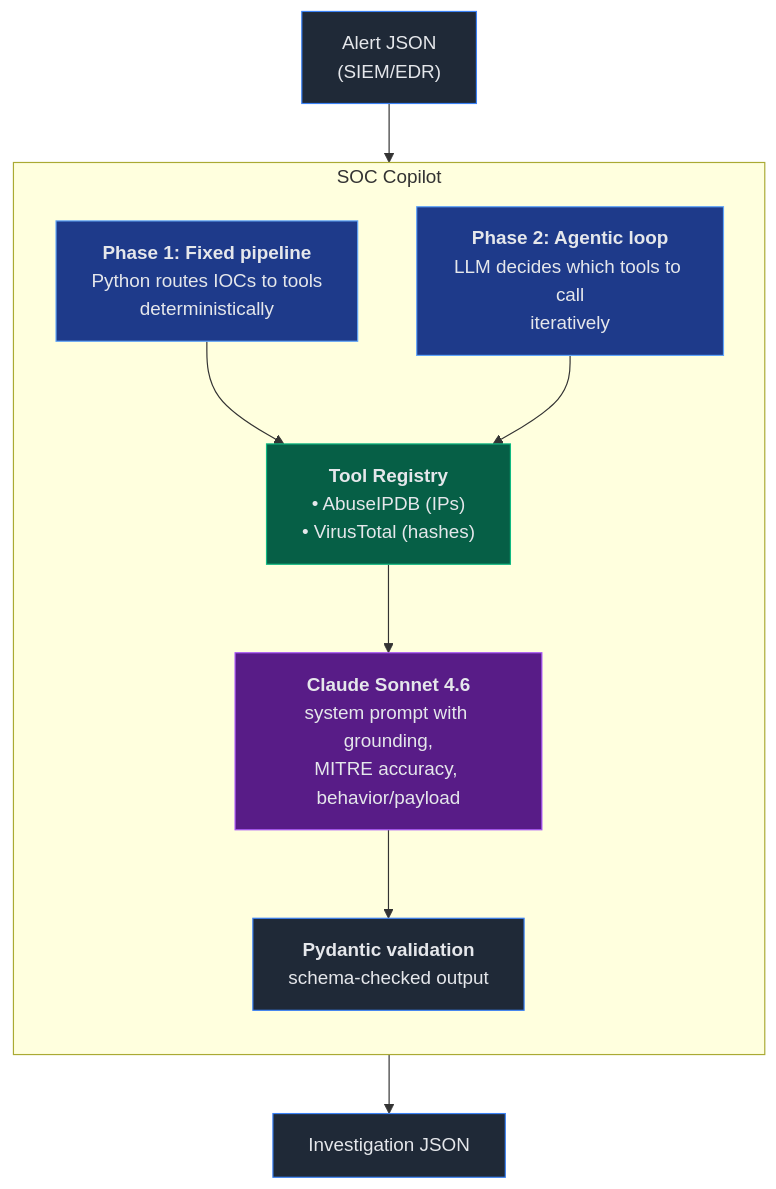
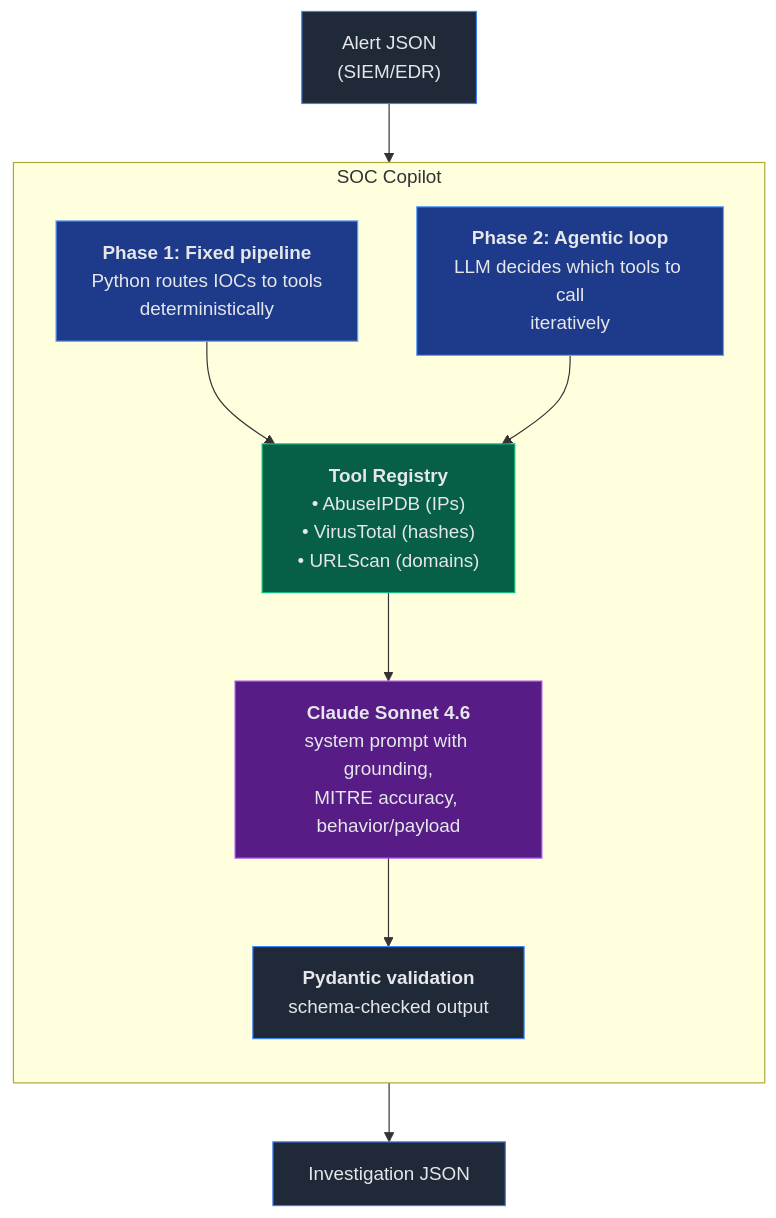
Before and after one commit to AizensCode/soc-copilot: the diagram in README.md, drawn with Mermaid.

````diff
--- a/README.md
+++ b/README.md
@@ -48,35 +48,35 @@
 ```mermaid
 flowchart TD
     Alert["Alert JSON<br/>(SIEM/EDR)"] --> Copilot
 
     subgraph Copilot["SOC Copilot"]
         direction TB
         Phase1["<b>Phase 1: Fixed pipeline</b><br/>Python routes IOCs to tools<br/>deterministically"]
         Phase2["<b>Phase 2: Agentic loop</b><br/>LLM decides which tools to call<br/>iteratively"]
 
-        Registry["<b>Tool Registry</b><br/>• AbuseIPDB (IPs)<br/>• VirusTotal (hashes)"]
+        Registry["<b>Tool Registry</b><br/>• AbuseIPDB (IPs)<br/>• VirusTotal (hashes)<br/>• URLScan (domains)"]
 
         LLM["<b>Claude Sonnet 4.6</b><br/>system prompt with grounding,<br/>MITRE accuracy, behavior/payload"]
 
         Validation["<b>Pydantic validation</b><br/>schema-checked output"]
 
         Phase1 --> Registry
         Phase2 --> Registry
         Registry --> LLM
         LLM --> Validation
     end
 
     Copilot --> Output["Investigation JSON"]
 
     classDef alert fill:#1f2937,stroke:#3b82f6,color:#e5e7eb
     classDef phase fill:#1e3a8a,stroke:#60a5fa,color:#e5e7eb
     classDef tool fill:#065f46,stroke:#10b981,color:#e5e7eb
     classDef llm fill:#581c87,stroke:#a855f7,color:#e5e7eb
     classDef output fill:#1f2937,stroke:#3b82f6,color:#e5e7eb
 
     class Alert,Output alert
     class Phase1,Phase2 phase
     class Registry tool
     class LLM llm
     class Validation output
 ```
````
